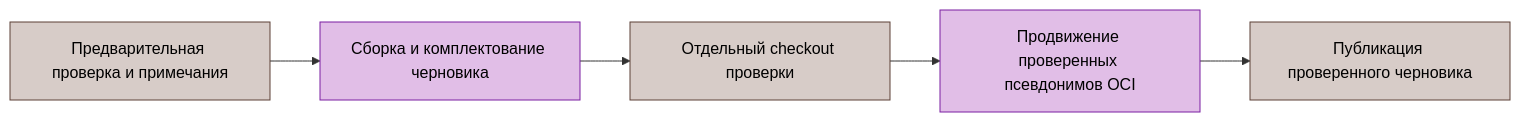
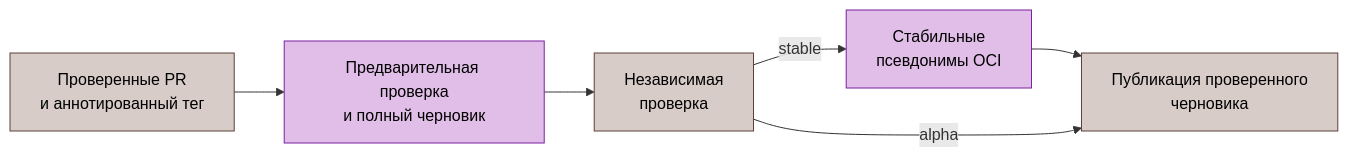
The diagram in docs/ru/reference/automation.md (dantte-lp/gobfd), drawn with Mermaid before and after one commit. The commit also changed other lines of this file and 35 other files, not shown here.

````diff
--- a/docs/ru/reference/automation.md
+++ b/docs/ru/reference/automation.md
@@ -36,11 +36,12 @@
 ```mermaid
 flowchart LR
-  accTitle: Проверка и публикация выпуска
-  accDescr: Независимая проверка предшествует продвижению псевдонимов и завершающей публикации черновика.
-    identity["Предварительная проверка и примечания"]:::mgt --> build["Сборка и комплектование черновика"]:::srv
-    build --> verify["Отдельный checkout проверки"]:::mgt
-    verify --> aliases["Продвижение проверенных псевдонимов OCI"]:::srv
-    aliases --> publish["Публикация проверенного черновика"]:::mgt
+  accTitle: Предложение, проверка и публикация выпуска
+  accDescr: Проверенные PR выпуска и аннотированный тег предшествуют проверке черновика; только стабильный выпуск продвигает псевдонимы.
+    proposal["Проверенные PR<br/>и аннотированный тег"]:::mgt --> build["Предварительная проверка<br/>и полный черновик"]:::srv
+    build --> verify["Независимая<br/>проверка"]:::mgt
+    verify -->|"stable"| aliases["Стабильные<br/>псевдонимы OCI"]:::srv
+    aliases --> publish["Публикация проверенного<br/>черновика"]:::mgt
+    verify -->|"alpha"| publish
     classDef srv fill:#e1bee7,stroke:#7b1fa2,color:#000
     classDef mgt fill:#d7ccc8,stroke:#5d4037,color:#000
 ```
````
